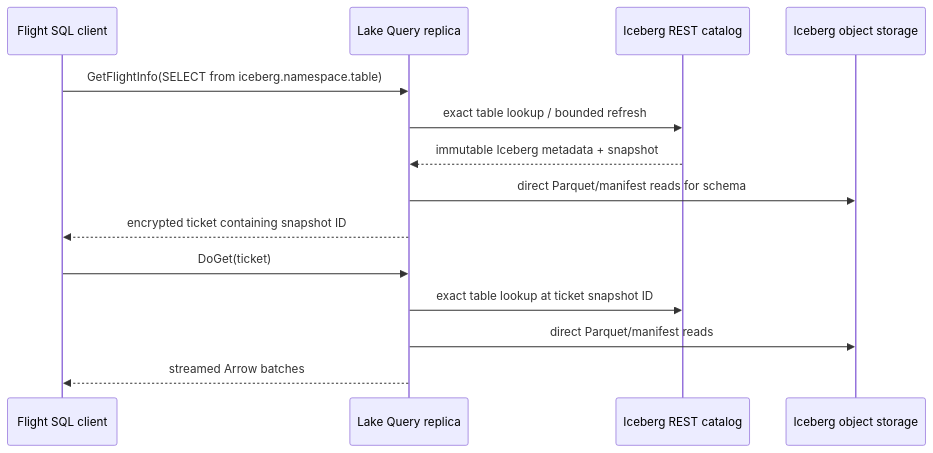
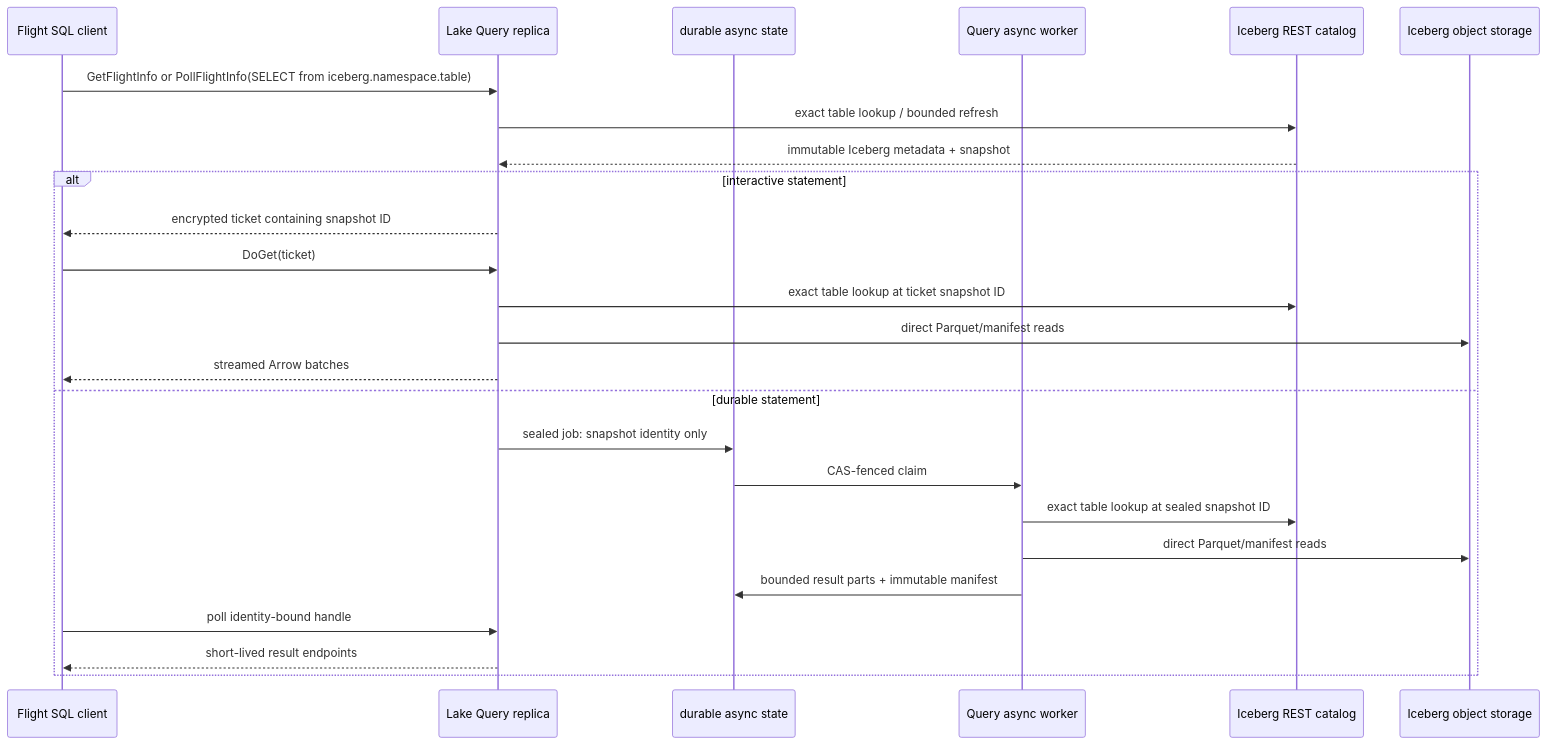
Before and after one commit to rararulab/lake: the diagram in docs/design/iceberg-federation.md, drawn with Mermaid. The commit also changed other lines of this file and 2 other files, not shown here.

Commit message:
docs(iceberg): show durable async topology (#217)
Align the source-controlled federation diagram with the shipped PollFlightInfo exact-snapshot path.

Closes #217

````diff
--- a/docs/design/iceberg-federation.md
+++ b/docs/design/iceberg-federation.md
@@ -34,17 +35,28 @@
 ```mermaid
 sequenceDiagram
     participant F as Flight SQL client
     participant Q as Lake Query replica
+    participant A as durable async state
+    participant W as Query async worker
     participant C as Iceberg REST catalog
     participant O as Iceberg object storage
 
-    F->>Q: GetFlightInfo(SELECT from iceberg.namespace.table)
+    F->>Q: GetFlightInfo or PollFlightInfo(SELECT from iceberg.namespace.table)
     Q->>C: exact table lookup / bounded refresh
     C-->>Q: immutable Iceberg metadata + snapshot
-    Q->>O: direct Parquet/manifest reads for schema
-    Q-->>F: encrypted ticket containing snapshot ID
-    F->>Q: DoGet(ticket)
-    Q->>C: exact table lookup at ticket snapshot ID
-    Q->>O: direct Parquet/manifest reads
-    Q-->>F: streamed Arrow batches
+    alt interactive statement
+        Q-->>F: encrypted ticket containing snapshot ID
+        F->>Q: DoGet(ticket)
+        Q->>C: exact table lookup at ticket snapshot ID
+        Q->>O: direct Parquet/manifest reads
+        Q-->>F: streamed Arrow batches
+    else durable statement
+        Q->>A: sealed job: snapshot identity only
+        A->>W: CAS-fenced claim
+        W->>C: exact table lookup at sealed snapshot ID
+        W->>O: direct Parquet/manifest reads
+        W->>A: bounded result parts + immutable manifest
+        F->>Q: poll identity-bound handle
+        Q-->>F: short-lived result endpoints
+    end
 ```
````
